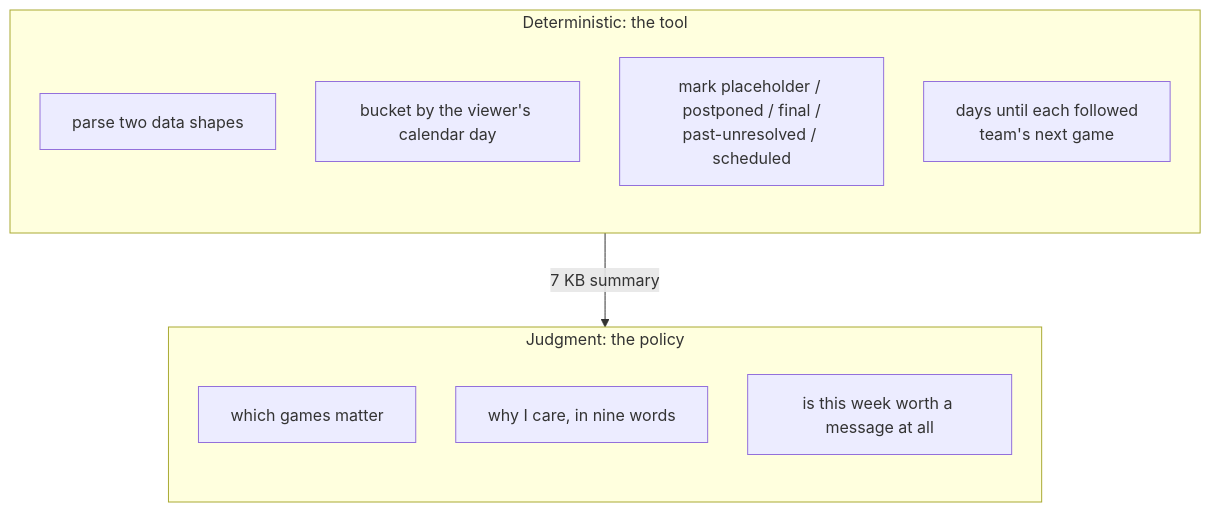
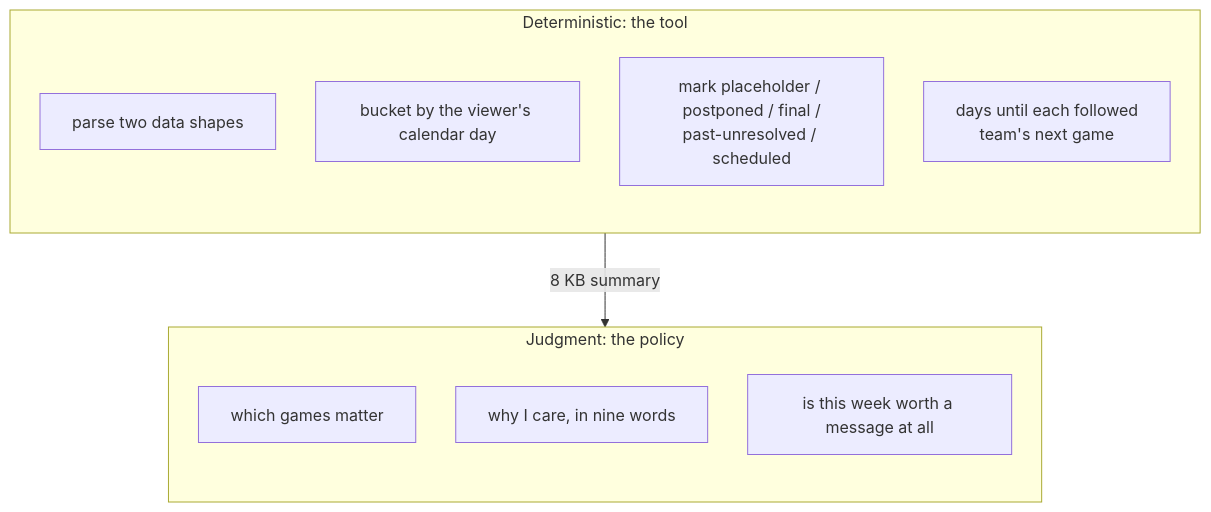
One commit to ismayc/never-miss-a-game changed the second of 2 diagrams in HOW-IT-FITS-TOGETHER.md. Above: the diagram before and after it, drawn with Mermaid. The commit also changed other lines of this file and 2 other files, not shown here.

First line of the commit message:
Diagrams: no arrow crosses a title or its own label

````diff
--- a/HOW-IT-FITS-TOGETHER.md
+++ b/HOW-IT-FITS-TOGETHER.md
@@ -40,18 +37,18 @@
 ```mermaid
 %%{init: {"flowchart": {"nodeSpacing": 40, "rankSpacing": 70, "padding": 16}}}%%
 flowchart TD
     subgraph det["Deterministic: the tool"]
         direction TB
         d1["parse two data shapes"]
         d2["bucket by the viewer's calendar day"]
         d3["mark placeholder / postponed / final /<br/>past-unresolved / scheduled"]
         d4["days until each followed<br/>team's next game"]
     end
     subgraph jud["Judgment: the policy"]
         direction TB
         j1["which games matter"]
         j2["why I care, in nine words"]
         j3["is this week worth a message at all"]
     end
-    det -- "7 KB summary" --> jud
+    det -- "8 KB summary" --> jud
 ```
````
